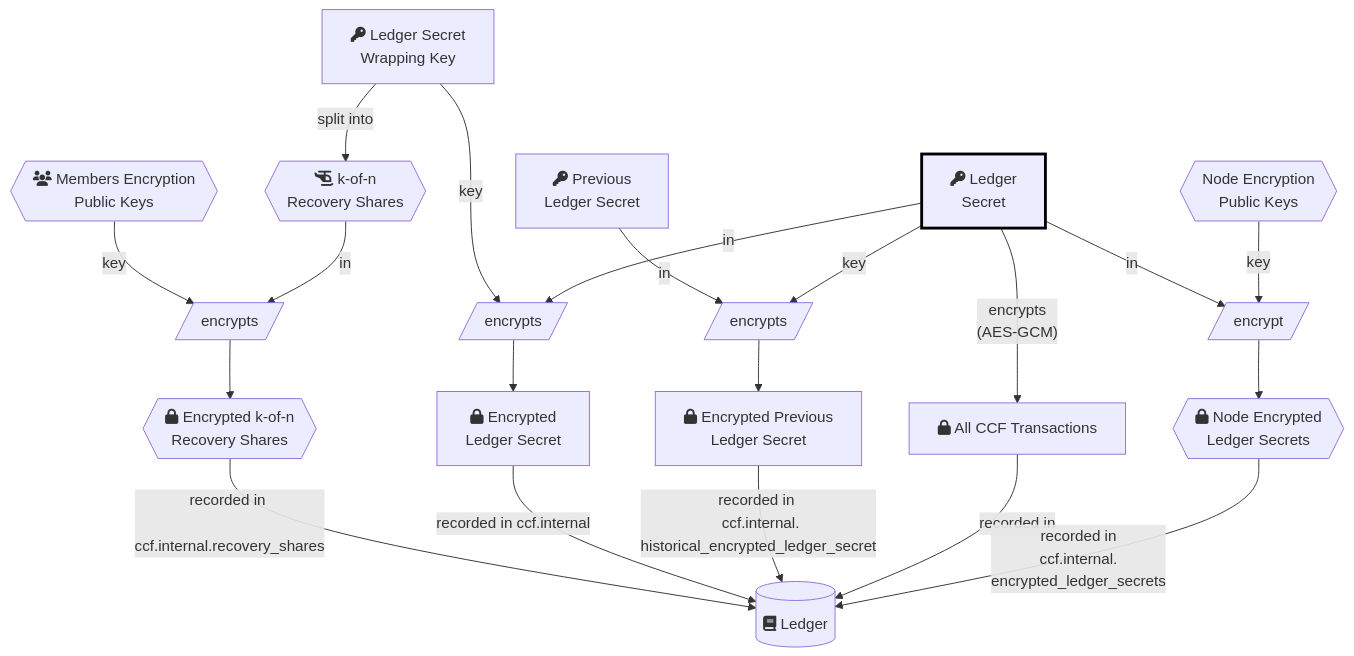
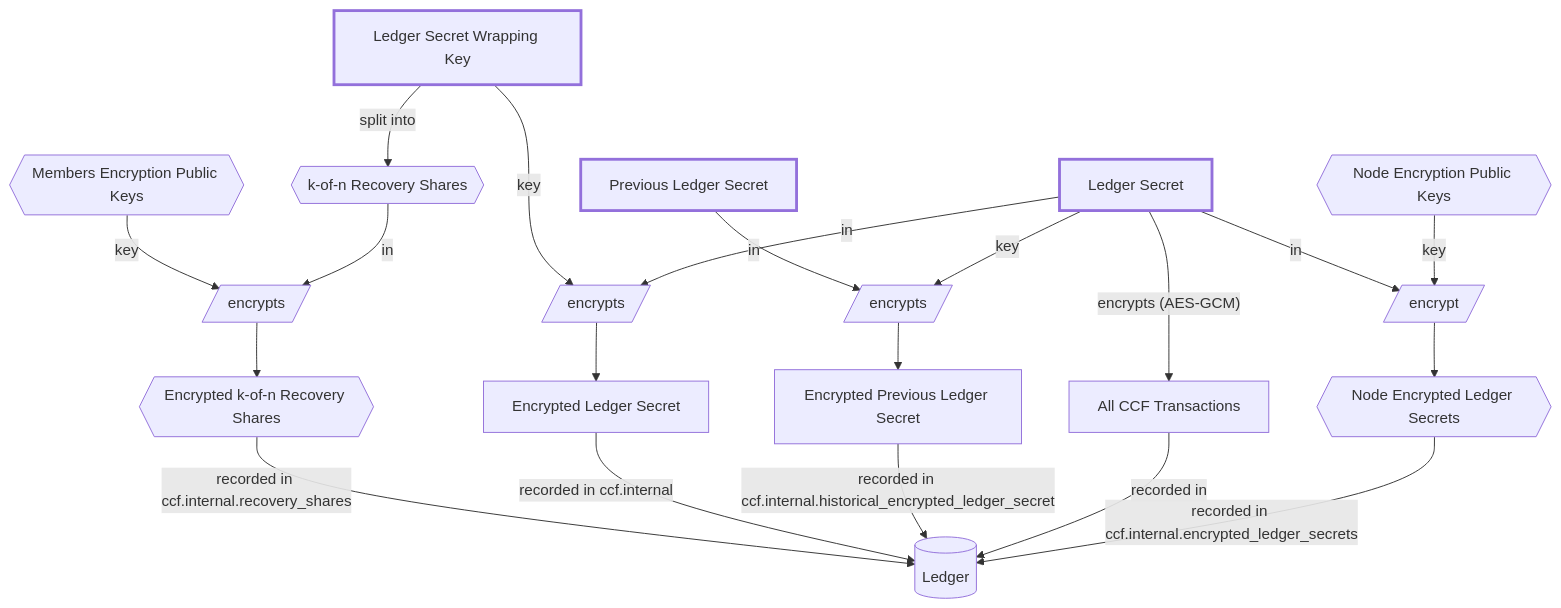
The second of 2 diagrams in doc/architecture/cryptography.rst (microsoft/CCF), drawn with Mermaid before and after one commit. The commit also changed other lines of this file and 27 other files, not shown here.

```diff
--- a/doc/architecture/cryptography.rst
+++ b/doc/architecture/cryptography.rst
@@ -80,24 +82,25 @@
 .. mermaid::
 
     flowchart TB
-        WrappingKey -- split into --> RecoveryShares{{fa:fa-helicopter k-of-n <br> Recovery Shares}}
-        MemberPublicKeys{{fa:fa-users Members Encryption <br> Public Keys}} --key--> F[/encrypts/]
-        RecoveryShares --in--> F[/encrypts/] --> EncryptedRecoveryShares{{fa:fa-lock Encrypted k-of-n <br> Recovery Shares}}
-        EncryptedRecoveryShares -- recorded in <br> ccf.internal.recovery_shares --> Ledger
+        classDef EnclaveKey stroke-width:3px
+        WrappingKey -- split into --> RecoveryShares{{k-of-n Recovery Shares}}
+        MemberPublicKeys{{Members Encryption Public Keys}} --key--> F[/encrypts/]
+        RecoveryShares --in--> F[/encrypts/] --> EncryptedRecoveryShares{{Encrypted k-of-n Recovery Shares}}
+        EncryptedRecoveryShares -- recorded in ccf.internal.recovery_shares --> Ledger
 
-        WrappingKey[fa:fa-key Ledger Secret <br> Wrapping Key] --key--> N[/encrypts/]
-        LedgerSecret --in--> N[/encrypts/] --> EncryptedLedgerSecret[fa:fa-lock Encrypted <br> Ledger Secret]
-        EncryptedLedgerSecret -- recorded in ccf.internal --> Ledger[(fa:fa-book Ledger)]
+        WrappingKey[Ledger Secret Wrapping Key] --key--> N[/encrypts/]
+        LedgerSecret --in--> N[/encrypts/] --> EncryptedLedgerSecret[Encrypted Ledger Secret]
+        EncryptedLedgerSecret -- recorded in ccf.internal --> Ledger[(Ledger)]
 
-        PreviousLedgerSecret[fa:fa-key Previous <br> Ledger Secret] --in--> H[/encrypts/] --> EncryptedPreviousLedgerSecret[fa:fa-lock Encrypted Previous <br> Ledger Secret]
+        PreviousLedgerSecret[Previous Ledger Secret] --in--> H[/encrypts/] --> EncryptedPreviousLedgerSecret[Encrypted Previous Ledger Secret]
         LedgerSecret --key--> H[/encrypts/]
-        EncryptedPreviousLedgerSecret -- recorded in <br> ccf.internal.<br>historical_encrypted_ledger_secret --> Ledger
+        EncryptedPreviousLedgerSecret -- recorded in ccf.internal.historical_encrypted_ledger_secret --> Ledger
 
-        LedgerSecret[fa:fa-key Ledger <br> Secret] -- "encrypts <br> (AES-GCM)" --> Transactions[fa:fa-lock All CCF Transactions]
-        style LedgerSecret stroke:black,stroke-width:3px
+        LedgerSecret[Ledger Secret] -- "encrypts (AES-GCM)" --> Transactions[All CCF Transactions]
+        class WrappingKey,LedgerSecret,PreviousLedgerSecret EnclaveKey
         Transactions -- recorded in --> Ledger
 
-        LedgerSecret --in--> K[/encrypts/] --> NodeEncryptedLedgerSecrets{{fa:fa-lock Node Encrypted Ledger Secrets}}
-        NodeEncryptionPublicKeys{{Node Encryption <br> Public Keys}} --key--> K[/encrypt/]
-        NodeEncryptedLedgerSecrets{{fa:fa-lock Node Encrypted <br> Ledger Secrets}}
-        NodeEncryptedLedgerSecrets -- recorded in <br> ccf.internal.<br>encrypted_ledger_secrets --> Ledger
+        LedgerSecret --in--> K[/encrypts/] --> NodeEncryptedLedgerSecrets{{Node Encrypted Ledger Secrets}}
+        NodeEncryptionPublicKeys{{Node Encryption Public Keys}} --key--> K[/encrypt/]
+        NodeEncryptedLedgerSecrets{{Node Encrypted Ledger Secrets}}
+        NodeEncryptedLedgerSecrets -- recorded in ccf.internal.encrypted_ledger_secrets --> Ledger
```
